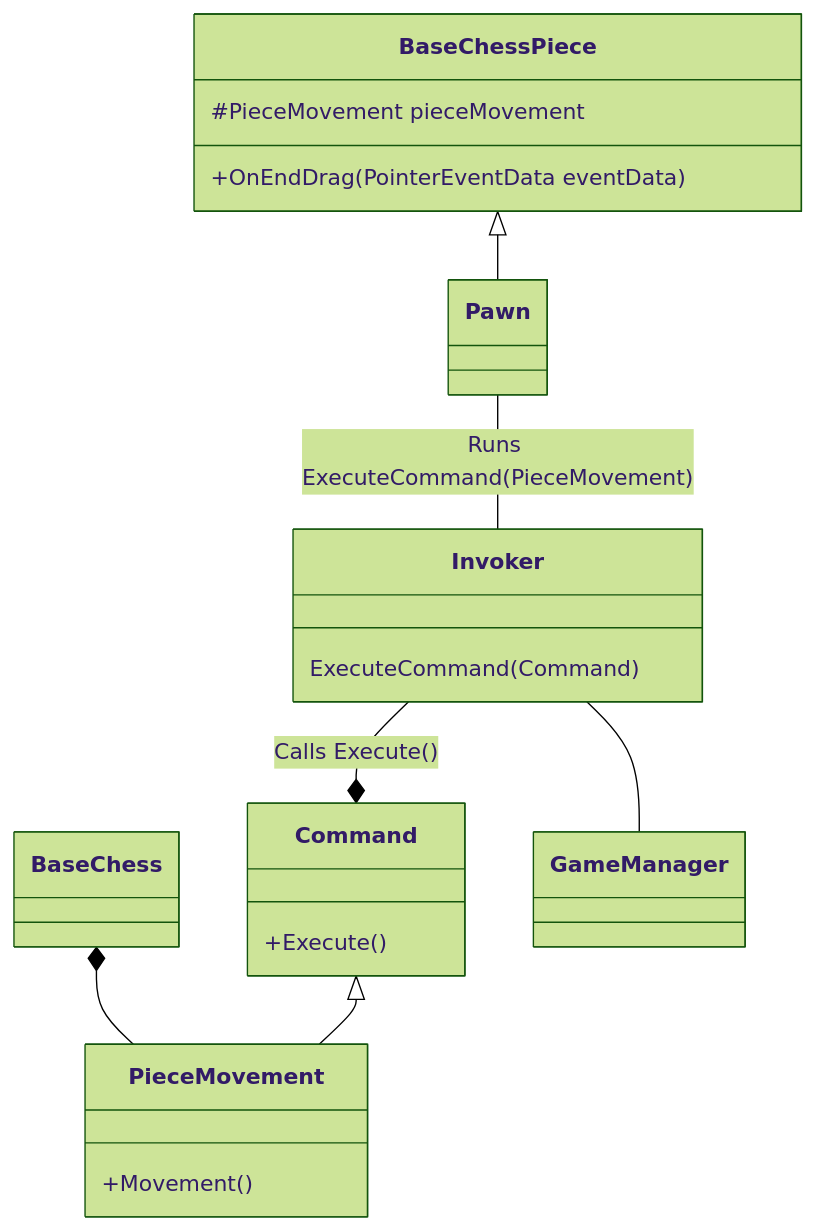
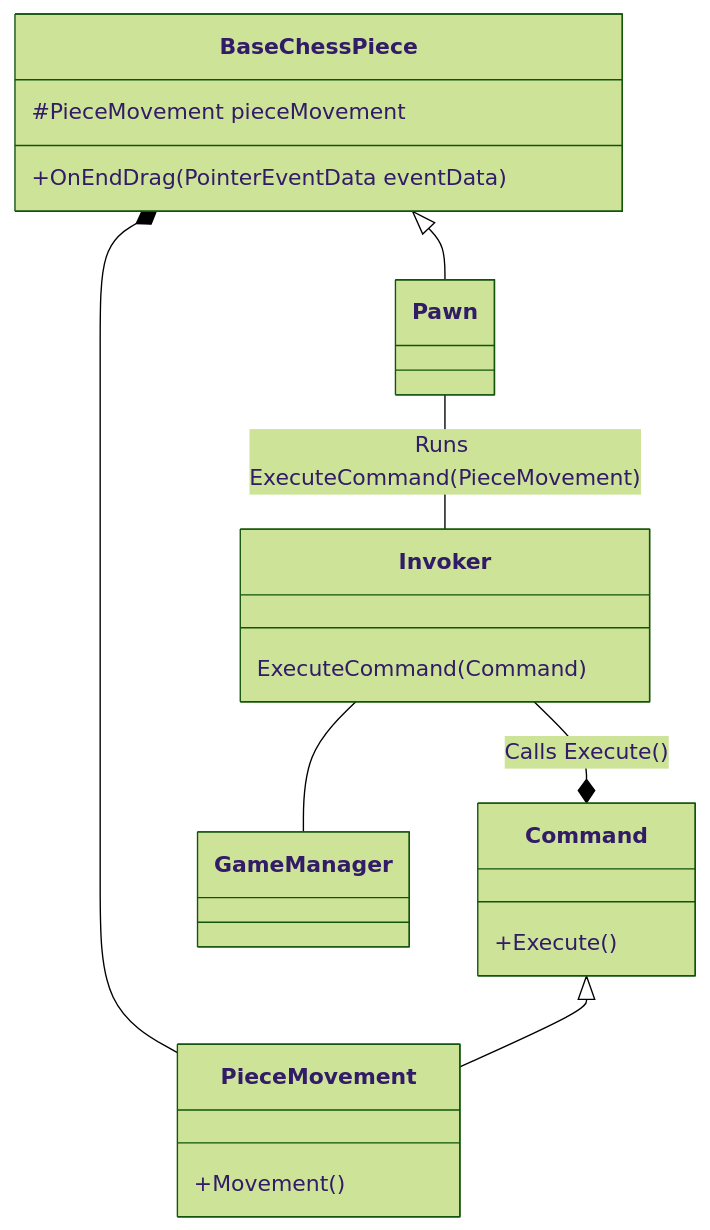
One commit to JL-40/Game_Engine_Assignment_1 changed the diagram in README.md. Above: the diagram before and after it, drawn with Mermaid (forest theme).

````diff
--- a/README.md
+++ b/README.md
@@ -56,15 +56,15 @@
 ```mermaid
 classDiagram
 	BaseChessPiece : #PieceMovement pieceMovement
 	BaseChessPiece : +OnEndDrag(PointerEventData eventData)
 	BaseChessPiece <|-- Pawn
 	Pawn -- Invoker : Runs ExecuteCommand(PieceMovement)
-	BaseChess *-- PieceMovement
+	BaseChessPiece *-- PieceMovement
 	Command <|-- PieceMovement
 	Command : +Execute()
 	PieceMovement : +Movement()
 	Invoker -- GameManager
 	Invoker --* Command : Calls Execute()
 	Invoker : ExecuteCommand(Command)
 	
 ```
````
